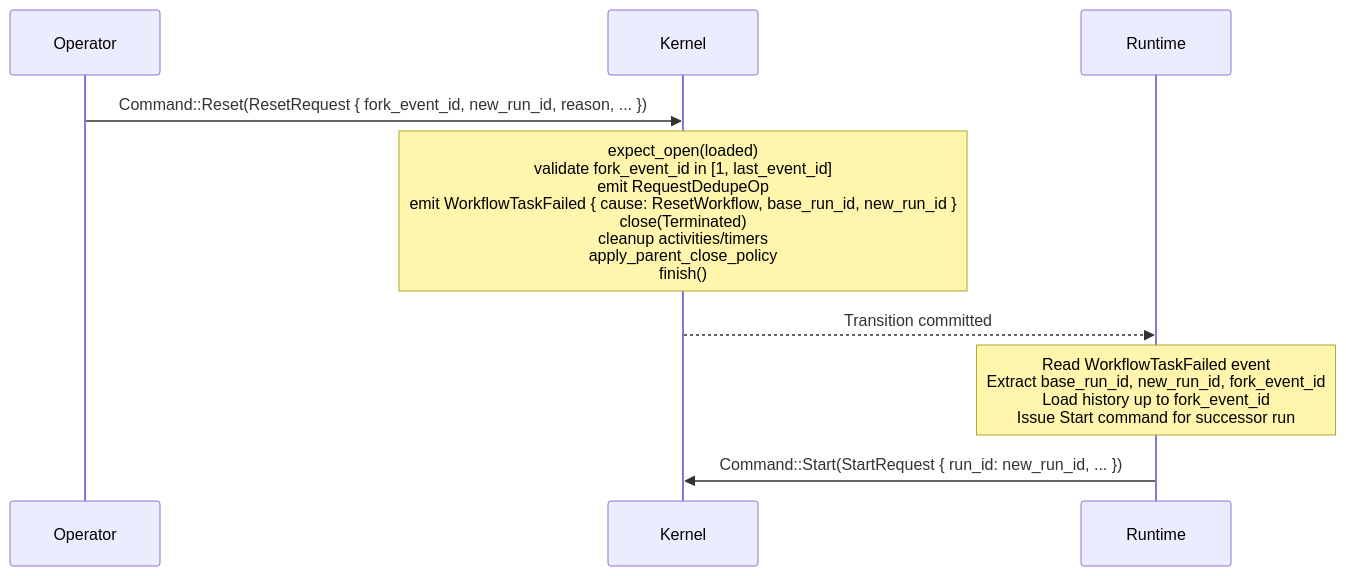
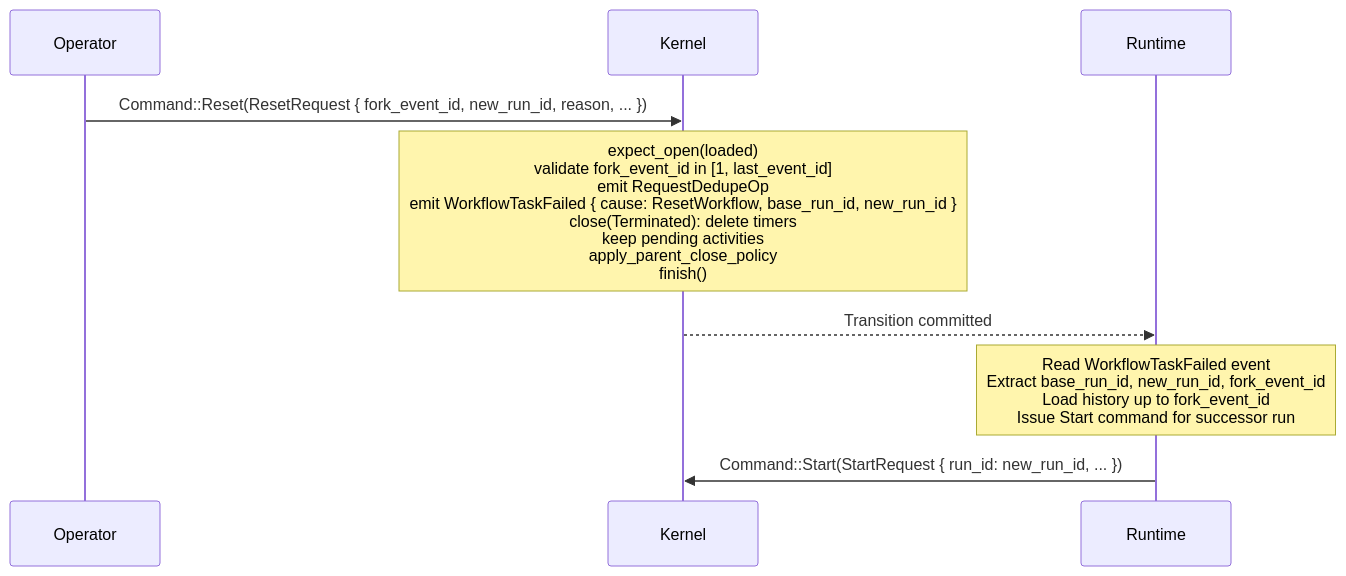
One commit to tokeira/tokeira changed the diagram in .kiro/specs/kernel-reset/design.md. Above: the diagram before and after it, drawn with Mermaid. The commit also changed other lines of this file and 15 other files, not shown here.

First line of the commit message:
spec(kernel): forced closes keep a run's pending activities

````diff
--- a/.kiro/specs/kernel-reset/design.md
+++ b/.kiro/specs/kernel-reset/design.md
@@ -18,13 +18,13 @@
 ```mermaid
 sequenceDiagram
     participant Operator
     participant Kernel
     participant Runtime
 
     Operator->>Kernel: Command::Reset(ResetRequest { fork_event_id, new_run_id, reason, ... })
-    Note over Kernel: expect_open(loaded)<br/>validate fork_event_id in [1, last_event_id]<br/>emit RequestDedupeOp<br/>emit WorkflowTaskFailed { cause: ResetWorkflow, base_run_id, new_run_id }<br/>close(Terminated)<br/>cleanup activities/timers<br/>apply_parent_close_policy<br/>finish()
+    Note over Kernel: expect_open(loaded)<br/>validate fork_event_id in [1, last_event_id]<br/>emit RequestDedupeOp<br/>emit WorkflowTaskFailed { cause: ResetWorkflow, base_run_id, new_run_id }<br/>close(Terminated): delete timers<br/>keep pending activities<br/>apply_parent_close_policy<br/>finish()
     Kernel-->>Runtime: Transition committed
 
     Note over Runtime: Read WorkflowTaskFailed event<br/>Extract base_run_id, new_run_id, fork_event_id<br/>Load history up to fork_event_id<br/>Issue Start command for successor run
     Runtime->>Kernel: Command::Start(StartRequest { run_id: new_run_id, ... })
 ```
````
